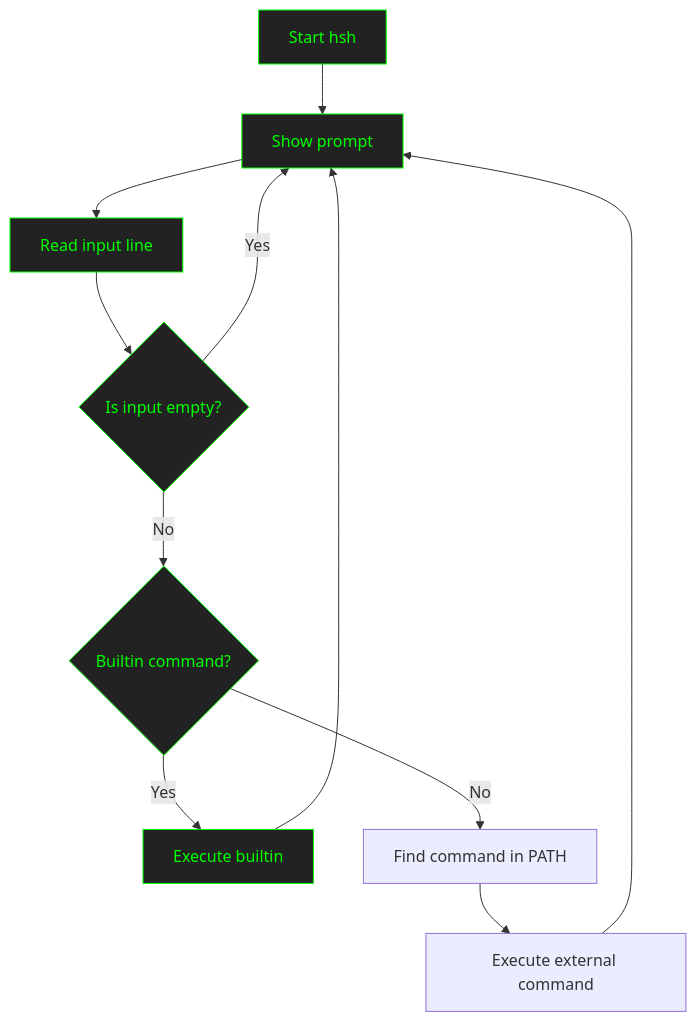
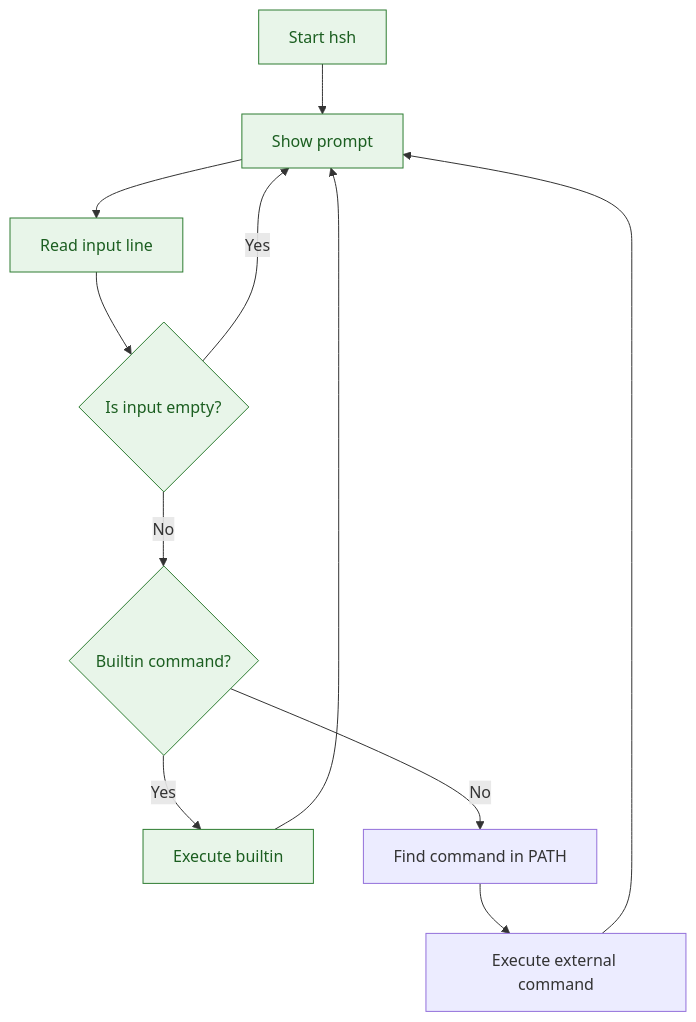
The diagram in README.md (SelenaGomez18/holbertonschool-simple_shell), drawn with Mermaid before and after one commit.

Commit message:
Add changes the color of flowchart

````diff
--- a/README.md
+++ b/README.md
@@ -123,19 +123,19 @@
 ```mermaid
 
 flowchart TD
 
     A[Start hsh] --> B[Show prompt]
     B --> C[Read input line]
     C --> D{Is input empty?}
     D -- Yes --> B
     D -- No --> E{Builtin command?}
     E -- Yes --> F[Execute builtin]
     E -- No --> G[Find command in PATH]
     G --> H[Execute external command]
     F --> B
     H --> B
 
-    classDef shellStyle fill:#222,color:#00ff00,stroke:#00ff00;
+    classDef allnodes fill:#E8F5E9, stroke:#2E7D32,color:#1B5E20
 
-    class A,B,C,D,E,F shellStyle;
+    class A,B,C,D,E,F allnodes;
 ```
````
